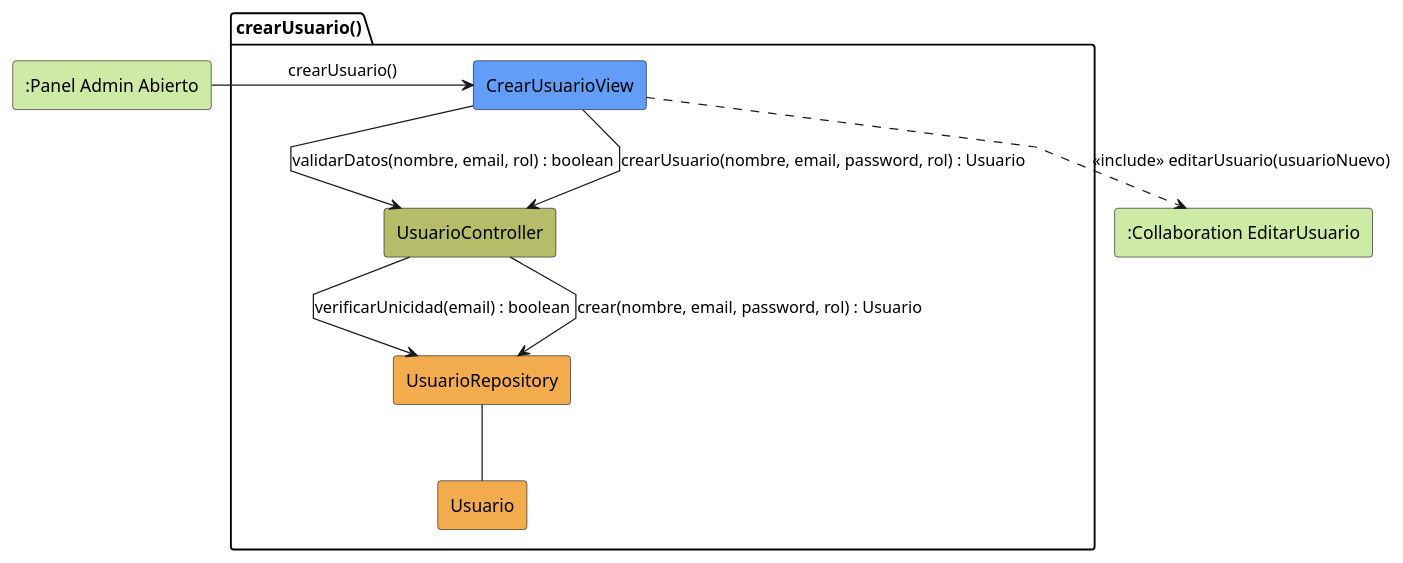
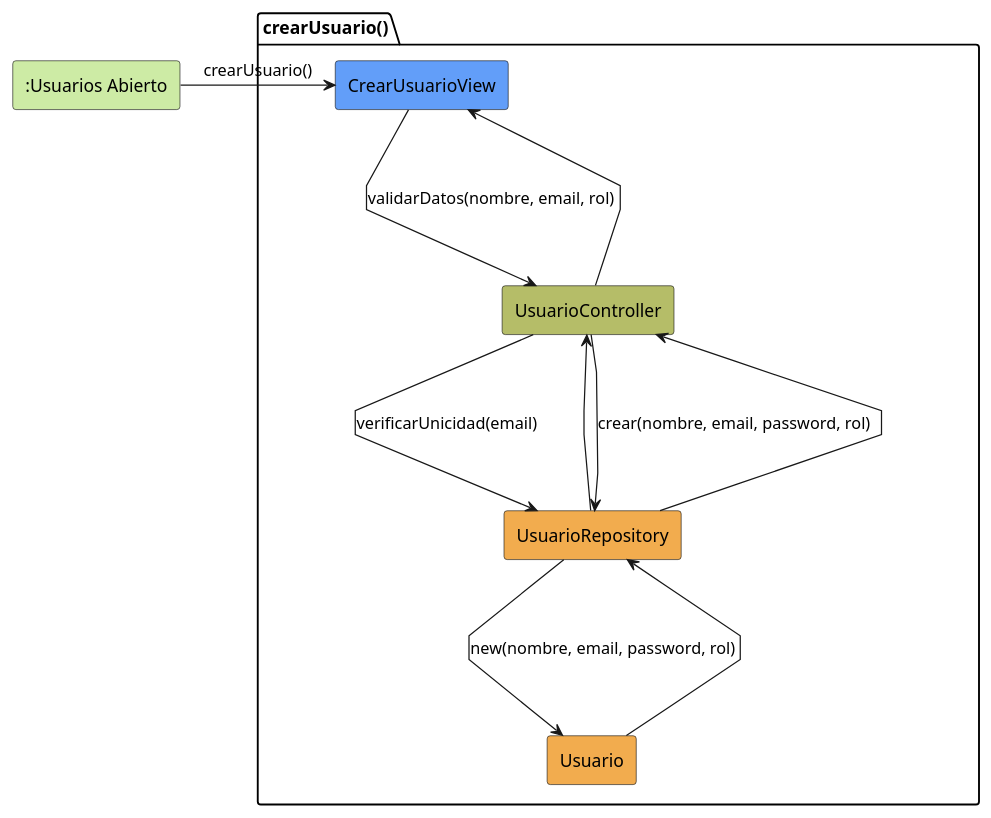
The diagram in modelosUML/analisis/crearUsuario/colaboracion.puml (jerdier/25-26-idsw2-sdVC), drawn with PlantUML before and after one commit. The commit also changed 261 other files, not shown here.

```diff
--- a/modelosUML/analisis/crearUsuario/colaboracion.puml
+++ b/modelosUML/analisis/crearUsuario/colaboracion.puml
@@ -1,28 +1,22 @@
 @startuml crearUsuario-analisis
 skinparam linetype polyline
 
-rectangle #CDEBA5 ":Panel Admin Abierto" as PanelAdminAbierto
-rectangle #CDEBA5 ":Collaboration EditarUsuario" as EditarUsuario
+rectangle #CDEBA5 ":Usuarios Abierto" as UsuariosAbierto
 
 package crearUsuario as "crearUsuario()" {
     rectangle #629EF9 CrearUsuarioView
     rectangle #b5bd68 UsuarioController
     rectangle #F2AC4E UsuarioRepository
     rectangle #F2AC4E Usuario
 }
 
-PanelAdminAbierto -r-> CrearUsuarioView: crearUsuario()
-
-CrearUsuarioView -d-> UsuarioController: validarDatos(nombre, email, rol) : boolean
-
-UsuarioController --> UsuarioRepository: verificarUnicidad(email) : boolean
-
-CrearUsuarioView --> UsuarioController: crearUsuario(nombre, email, password, rol) : Usuario
-
-UsuarioController --> UsuarioRepository: crear(nombre, email, password, rol) : Usuario
-
-UsuarioRepository -- Usuario
-
-CrearUsuarioView ..> EditarUsuario: <<include>> editarUsuario(usuarioNuevo)
-
+UsuariosAbierto -r-> CrearUsuarioView: crearUsuario()
+CrearUsuarioView -d-> UsuarioController: validarDatos(nombre, email, rol)
+UsuarioController -d-> UsuarioRepository: verificarUnicidad(email)
+UsuarioRepository --u-> UsuarioController
+UsuarioController -d-> UsuarioRepository: crear(nombre, email, password, rol)
+UsuarioRepository -d-> Usuario: new(nombre, email, password, rol)
+Usuario --u-> UsuarioRepository
+UsuarioRepository --u-> UsuarioController
+UsuarioController --u-> CrearUsuarioView
 @enduml
```
